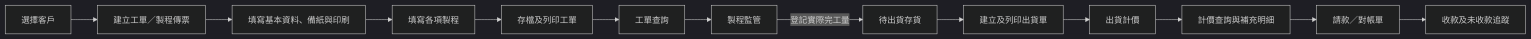
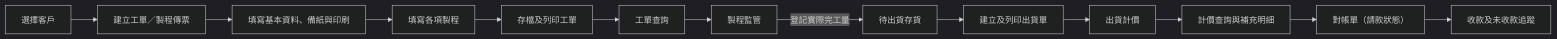
One commit to kk98033/company-operations-system changed the first of 2 diagrams in 01_公司流程與新版改進.md. Above: the diagram before and after it, drawn with Mermaid (dark theme). The commit also changed other lines of this file and 22 other files, not shown here.

````diff
--- a/01_公司流程與新版改進.md
+++ b/01_公司流程與新版改進.md
@@ -35,15 +35,15 @@
 ```mermaid
 flowchart LR
     A[選擇客戶] --> B[建立工單／製程傳票]
     B --> C[填寫基本資料、備紙與印刷]
     C --> D[填寫各項製程]
     D --> E[存檔及列印工單]
     E --> F[工單查詢]
     F --> G[製程監管]
     G -->|登記實際完工量| H[待出貨存貨]
     H --> I[建立及列印出貨單]
     I --> J[出貨計價]
     J --> K[計價查詢與補充明細]
-    K --> L[請款／對帳單]
+    K --> L[對帳單（請款狀態）]
     L --> M[收款及未收款追蹤]
 ```
````
